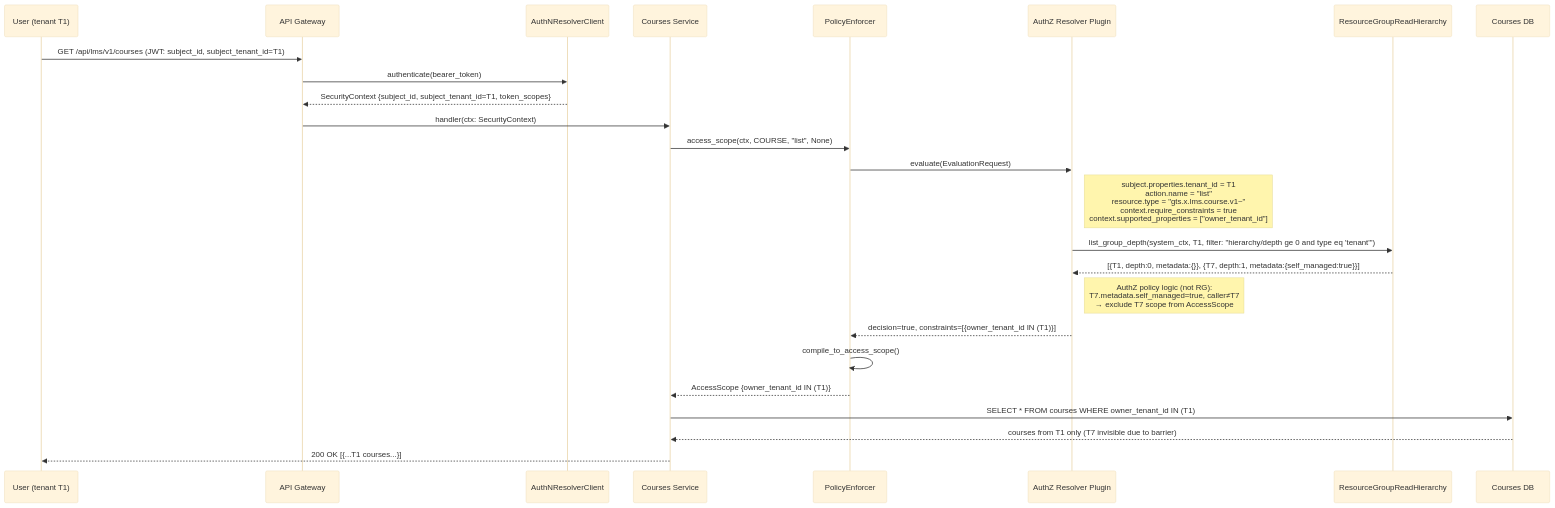
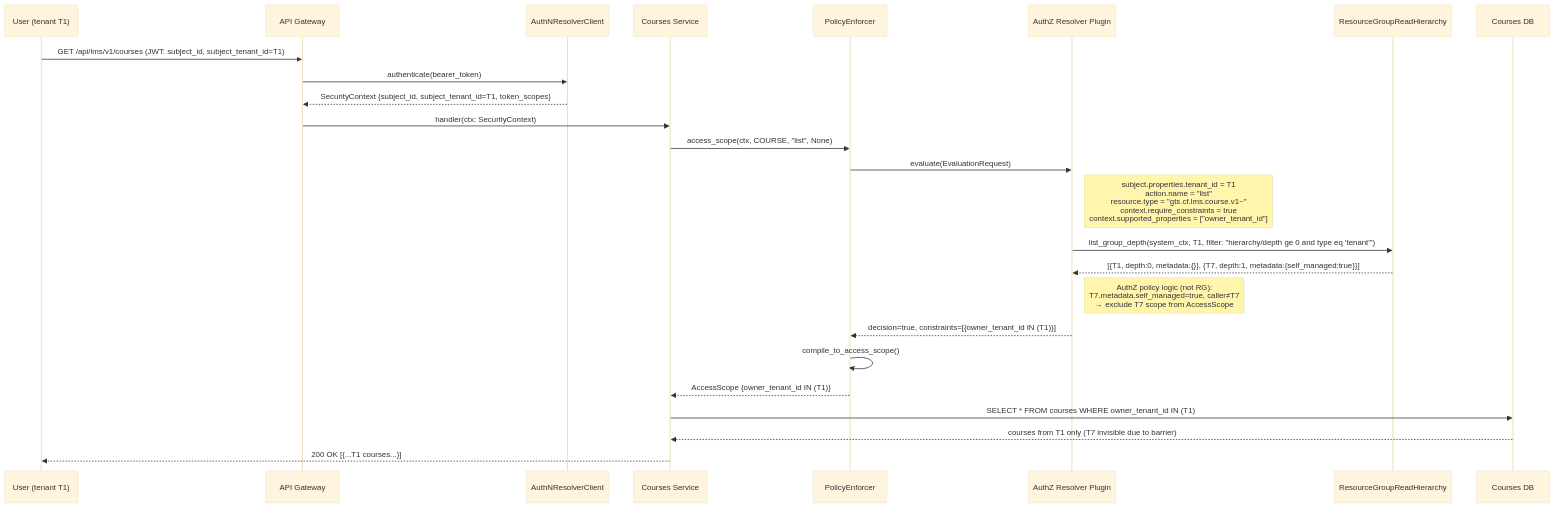
The fifth of 8 diagrams in modules/system/resource-group/docs/DESIGN.md (diffora/cyberfabric-core), drawn with Mermaid (base theme) before and after one commit. The commit also changed other lines of this file and 284 other files, not shown here.

````diff
--- a/modules/system/resource-group/docs/DESIGN.md
+++ b/modules/system/resource-group/docs/DESIGN.md
@@ -800,32 +800,32 @@
 ```mermaid
 sequenceDiagram
     participant U as User (tenant T1)
     participant GW as API Gateway
     participant AN as AuthNResolverClient
     participant CS as Courses Service
     participant PE as PolicyEnforcer
     participant AZ as AuthZ Resolver Plugin
     participant RG as ResourceGroupReadHierarchy
     participant DB as Courses DB
 
     U->>GW: GET /api/lms/v1/courses (JWT: subject_id, subject_tenant_id=T1)
     GW->>AN: authenticate(bearer_token)
     AN-->>GW: SecurityContext {subject_id, subject_tenant_id=T1, token_scopes}
     GW->>CS: handler(ctx: SecurityContext)
 
     CS->>PE: access_scope(ctx, COURSE, "list", None)
     PE->>AZ: evaluate(EvaluationRequest)
-    Note right of AZ: subject.properties.tenant_id = T1<br/>action.name = "list"<br/>resource.type = "gts.x.lms.course.v1~"<br/>context.require_constraints = true<br/>context.supported_properties = ["owner_tenant_id"]
+    Note right of AZ: subject.properties.tenant_id = T1<br/>action.name = "list"<br/>resource.type = "gts.cf.lms.course.v1~"<br/>context.require_constraints = true<br/>context.supported_properties = ["owner_tenant_id"]
 
     AZ->>RG: list_group_depth(system_ctx, T1, filter: "hierarchy/depth ge 0 and type eq 'tenant'")
     RG-->>AZ: [{T1, depth:0, metadata:{}}, {T7, depth:1, metadata:{self_managed:true}}]
     Note right of AZ: AuthZ policy logic (not RG):<br/>T7.metadata.self_managed=true, caller≠T7<br/>→ exclude T7 scope from AccessScope
 
     AZ-->>PE: decision=true, constraints=[{owner_tenant_id IN (T1)}]
     PE->>PE: compile_to_access_scope()
     PE-->>CS: AccessScope {owner_tenant_id IN (T1)}
 
     CS->>DB: SELECT * FROM courses WHERE owner_tenant_id IN (T1)
     DB-->>CS: courses from T1 only (T7 invisible due to barrier)
     CS-->>U: 200 OK [{...T1 courses...}]
 ```
````
